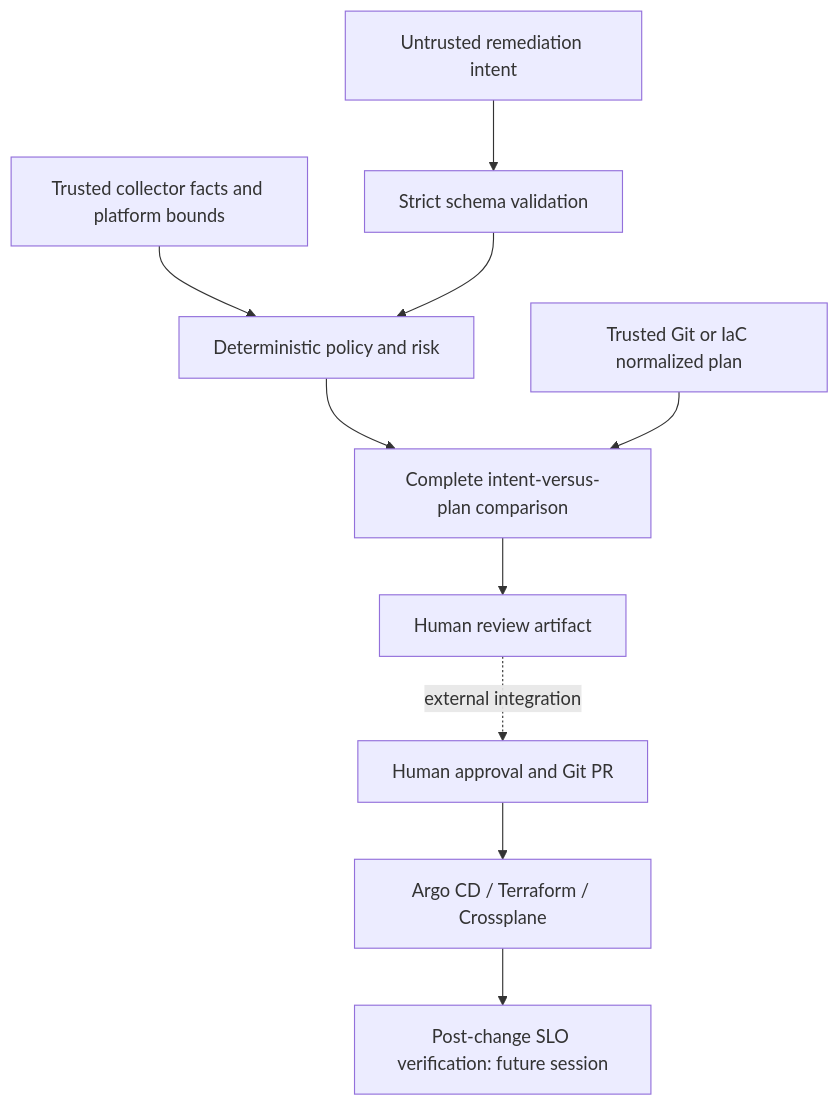
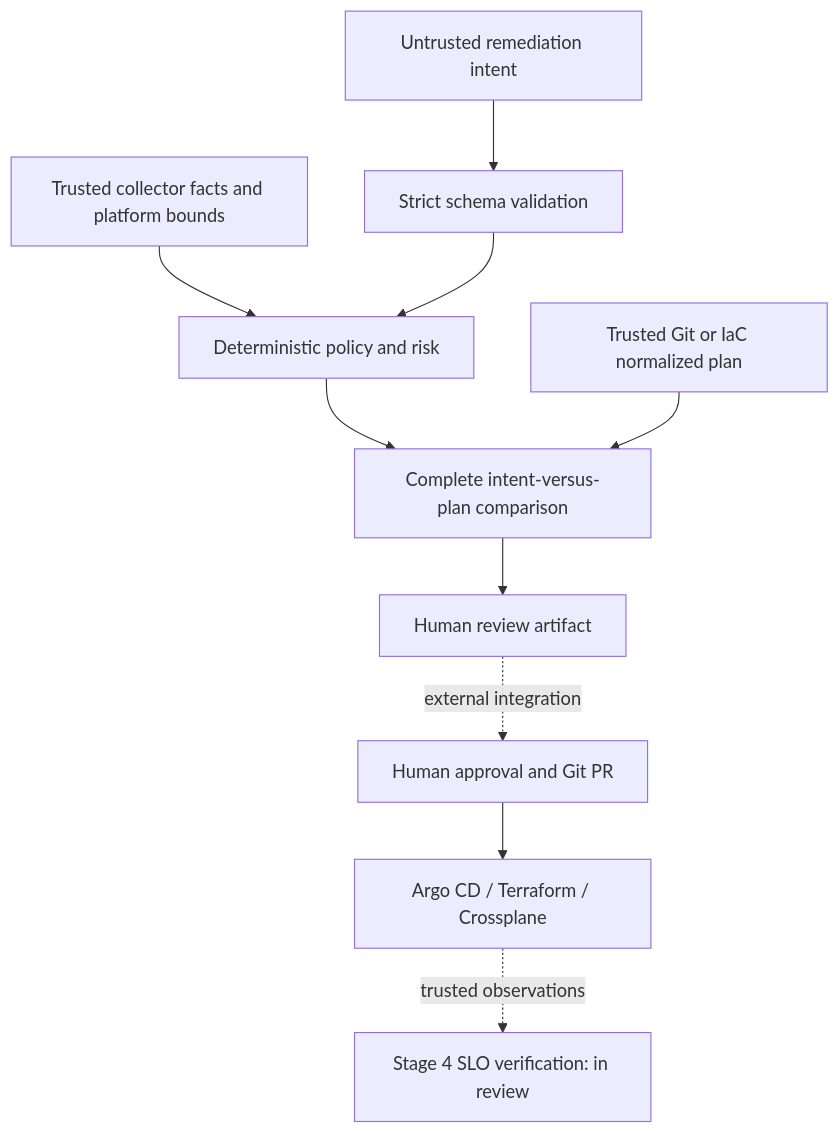
Before and after one commit to Vidon212/AI-incident-co-pilot: the third of 3 diagrams in README.md, drawn with Mermaid. The commit also changed other lines of this file, not shown here.

````diff
--- a/README.md
+++ b/README.md
@@ -86,12 +84,12 @@
 ```mermaid
 flowchart TD
     Intent[Untrusted remediation intent] --> Schema[Strict schema validation]
     Facts[Trusted collector facts and platform bounds] --> Policy[Deterministic policy and risk]
     Schema --> Policy
     Policy --> Diff[Complete intent-versus-plan comparison]
     Plan[Trusted Git or IaC normalized plan] --> Diff
     Diff --> Review[Human review artifact]
     Review -. external integration .-> Approval[Human approval and Git PR]
     Approval --> Controller[Argo CD / Terraform / Crossplane]
-    Controller --> Verification[Post-change SLO verification: future session]
+    Controller -. trusted observations .-> Verification[Stage 4 SLO verification: in review]
 ```
````
